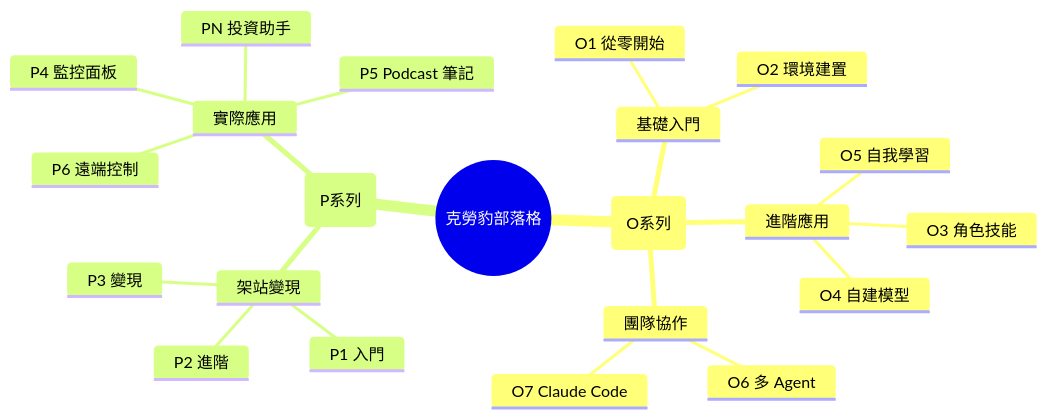
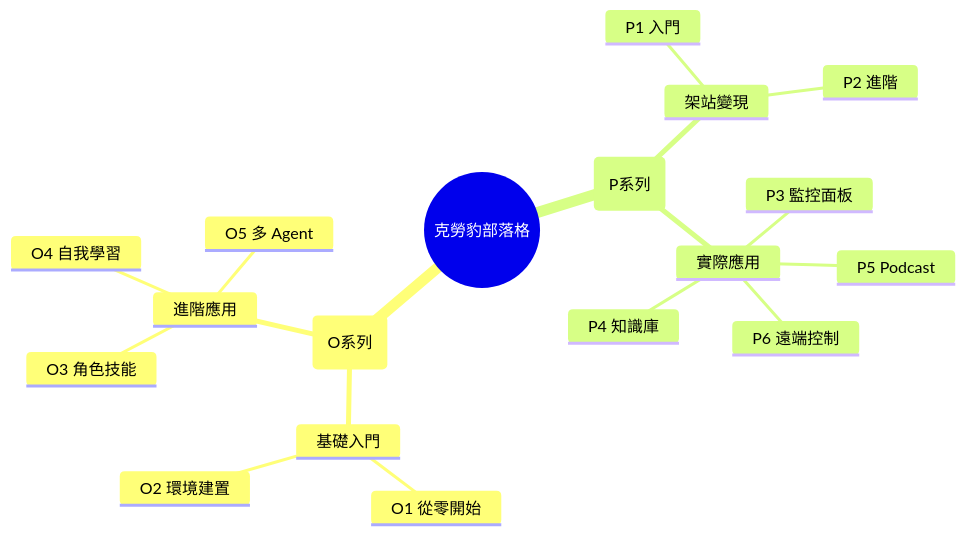
The diagram in content/index.md (clawdbot520/my-blog), drawn with Mermaid before and after one commit. The commit also changed other lines of this file and 12 other files, not shown here.

````diff
--- a/content/index.md
+++ b/content/index.md
@@ -66,25 +52,21 @@
 ```mermaid
 mindmap
   root((克勞豹部落格))
     教學(O系列)
       基礎入門
         O1 從零開始
         O2 環境建置
       進階應用
         O3 角色技能
-        O4 自建模型
-        O5 自我學習
-      團隊協作
-        O6 多 Agent
-        O7 Claude Code
+        O4 自我學習
+        O5 多 Agent
     案例(P系列)
       架站變現
         P1 入門
         P2 進階
-        P3 變現
       實際應用
-        P4 監控面板
-        P5 Podcast 筆記
+        P3 監控面板
+        P4 知識庫
+        P5 Podcast
         P6 遠端控制
-        PN 投資助手
 ```
````
